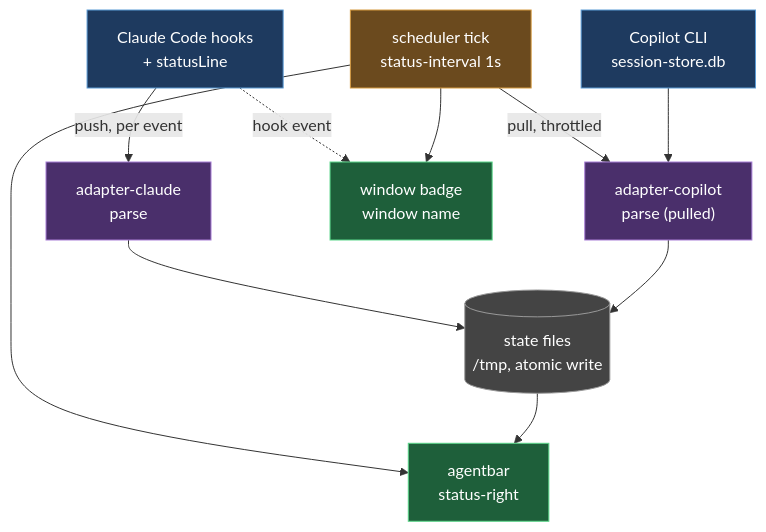
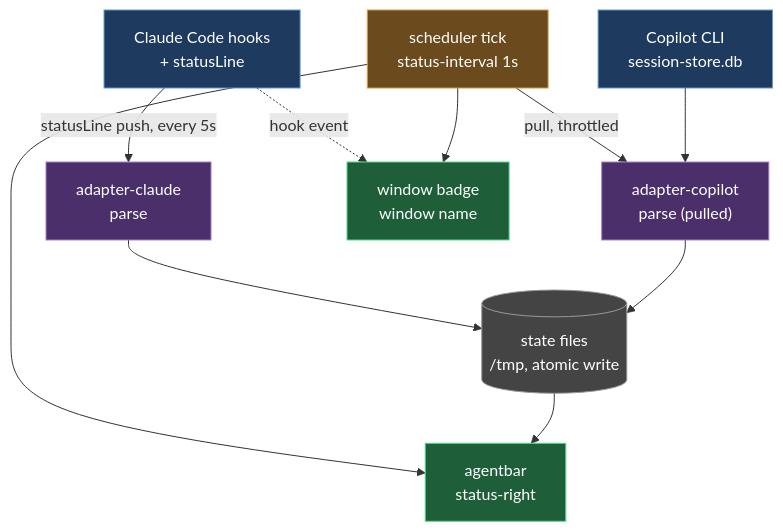
The diagram in README.md (marcintk/tmux-ctdl), drawn with Mermaid before and after one commit.

Commit message:
docs: label statusLine 5s push explicitly in data-flow diagram

````diff
--- a/README.md
+++ b/README.md
@@ -111,33 +111,33 @@
 ```mermaid
 graph TD
   claude["Claude Code hooks<br/>+ statusLine"]:::src
   copilot["Copilot CLI<br/>session-store.db"]:::src
 
   adapterClaude["adapter-claude<br/>parse"]:::adapter
   adapterCopilot["adapter-copilot<br/>parse (pulled)"]:::adapter
 
   state[("state files<br/>/tmp, atomic write")]:::store
 
   tick["scheduler tick<br/>status-interval 1s"]:::sched
 
   agentbar["agentbar<br/>status-right"]:::out
   wintab["window badge<br/>window name"]:::out
 
-  claude -- push, per event --> adapterClaude
+  claude -- statusLine push, every 5s --> adapterClaude
   tick -- pull, throttled --> adapterCopilot
   copilot --> adapterCopilot
 
   adapterClaude --> state
   adapterCopilot --> state
   claude -. hook event .-> wintab
 
   tick --> agentbar
   tick --> wintab
   state --> agentbar
 
   classDef src fill:#1e3a5f,stroke:#5b9bd5,color:#fff
   classDef adapter fill:#4a2f6b,stroke:#a97fd6,color:#fff
   classDef store fill:#444,stroke:#999,color:#fff
   classDef sched fill:#6b4a1e,stroke:#d69a3f,color:#fff
   classDef out fill:#1e5f3a,stroke:#5bd68a,color:#fff
 ```
````
